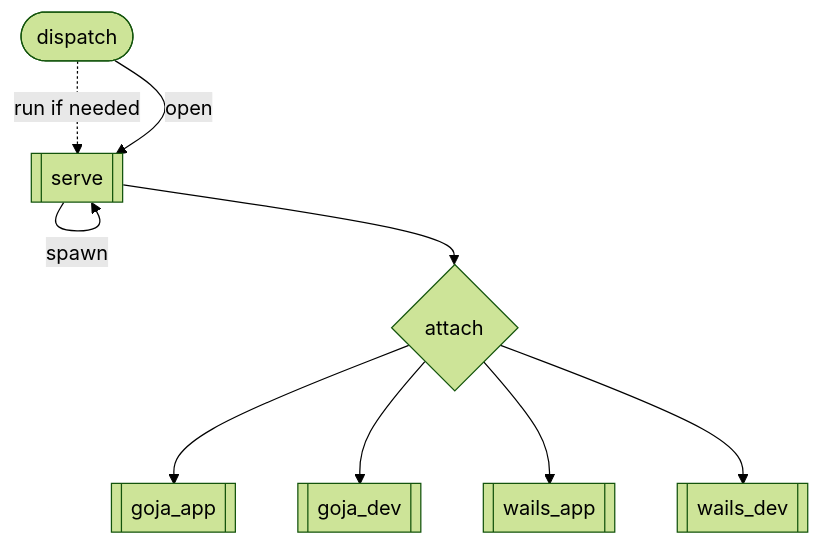
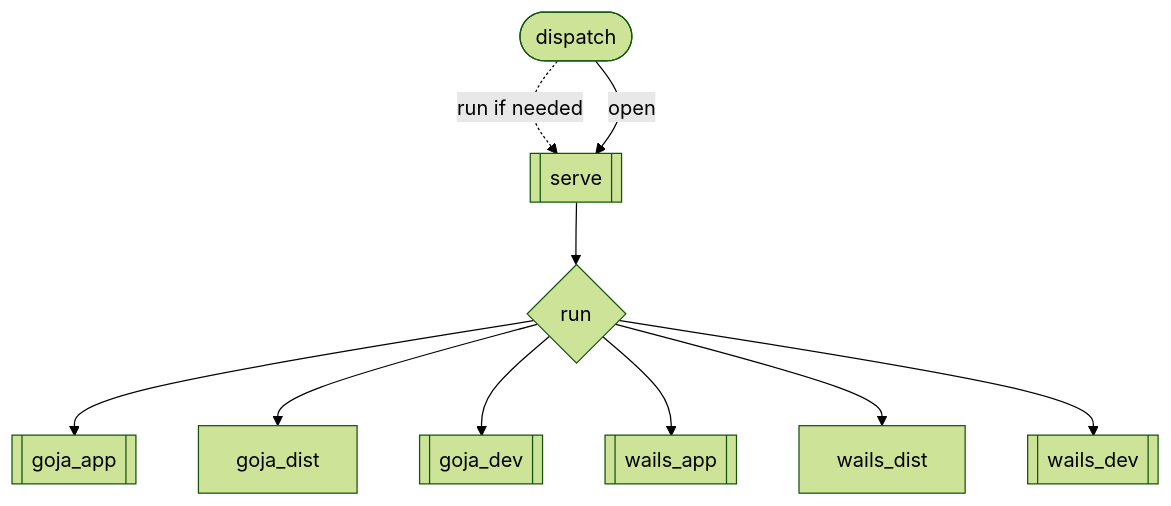
One commit to cryptopunkscc/portal changed the diagram in doc/portal_open_flow.md. Above: the diagram before and after it, drawn with Mermaid (forest theme). The commit also changed other lines of this file and 1 other file, not shown here.

Commit message:
doc: remove outdated flow diagram

````diff
--- a/doc/portal_open_flow.md
+++ b/doc/portal_open_flow.md
@@ -41,21 +1,24 @@
 ```mermaid
 flowchart
 
 
     dispatch -. run if needed .-> serve
     dispatch -- open --> serve
-    serve -- spawn --> serve
-    serve --> attach
-    attach --> goja_app
-    attach --> goja_dev
-    attach --> wails_app
-    attach --> wails_dev
+    serve --> run
+    run --> goja_app
+    run --> goja_dist
+    run --> goja_dev
+    run --> wails_app
+    run --> wails_dist
+    run --> wails_dev
     
     dispatch([dispatch])
     serve[[serve]]
-    attach{attach}
+    run{run}
     goja_app[[goja_app]]
+    goja_dev[[goja_dist]]
     goja_dev[[goja_dev]]
     wails_app[[wails_app]]
+    wails_dev[[wails_dist]]
     wails_dev[[wails_dev]]
 ```
````
